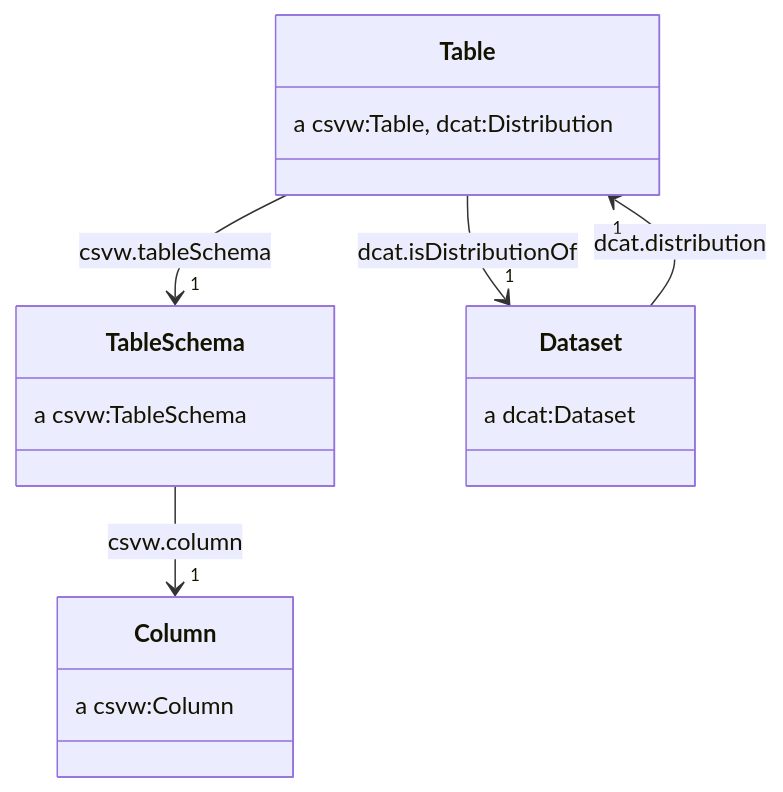
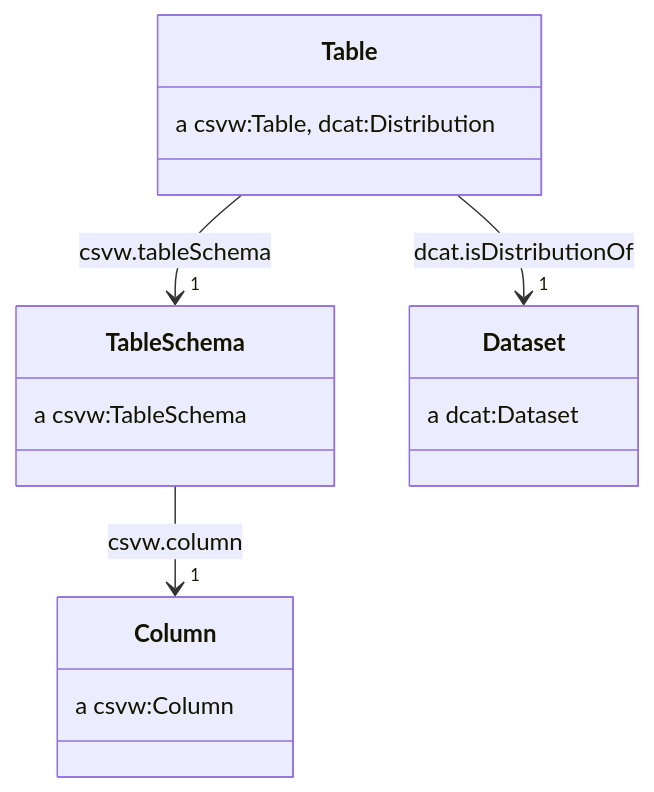
One commit to ONSdigital/application-profile changed the fifth of 9 diagrams in README.md. Above: the diagram before and after it, drawn with Mermaid. The commit also changed other lines of this file, not shown here.

````diff
--- a/README.md
+++ b/README.md
@@ -879,21 +979,20 @@
 ```mermaid
 classDiagram
     class `Table` {
         a csvw:Table, dcat:Distribution
     }
     class `TableSchema` {
         a csvw:TableSchema
     }
     class `Column` {
         a csvw:Column
     }
     class `Dataset` {
         a dcat:Dataset
     }
 
     Table --> "1" Dataset: dcat.isDistributionOf
     Table --> "1" TableSchema: csvw.tableSchema
     TableSchema --> "1" Column: csvw.column
-    Table "1" <-- Dataset: dcat.distribution
-    
+  
 ```
````
